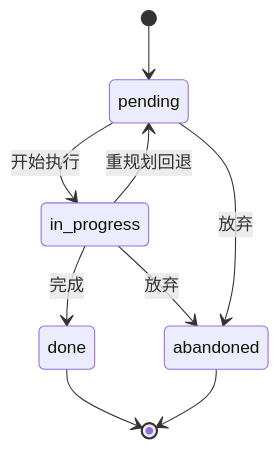
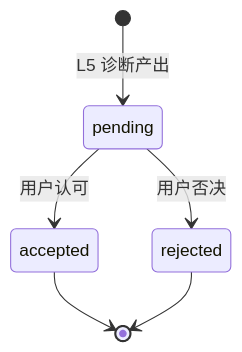
One commit to Curtainorange/knowledge-agent changed the eighth of 15 diagrams in docs/系统设计文档.md. Above: the diagram before and after it, drawn with Mermaid. The commit also changed other lines of this file and 2 other files, not shown here.

First line of the commit message:
docs: 系统设计文档重做为 V3.0（开发者视角 + 补齐用例图）

````diff
--- a/docs/系统设计文档.md
+++ b/docs/系统设计文档.md
@@ -791,11 +688,8 @@
 ```mermaid
 stateDiagram-v2
-    [*] --> pending
-    pending --> in_progress : 开始执行
-    in_progress --> done : 完成
-    in_progress --> abandoned : 放弃
-    pending --> abandoned : 放弃
-    in_progress --> pending : 重规划回退
-    done --> [*]
-    abandoned --> [*]
+    [*] --> pending: L5 诊断产出
+    pending --> accepted: 用户认可
+    pending --> rejected: 用户否决
+    accepted --> [*]
+    rejected --> [*]
 ```
````
